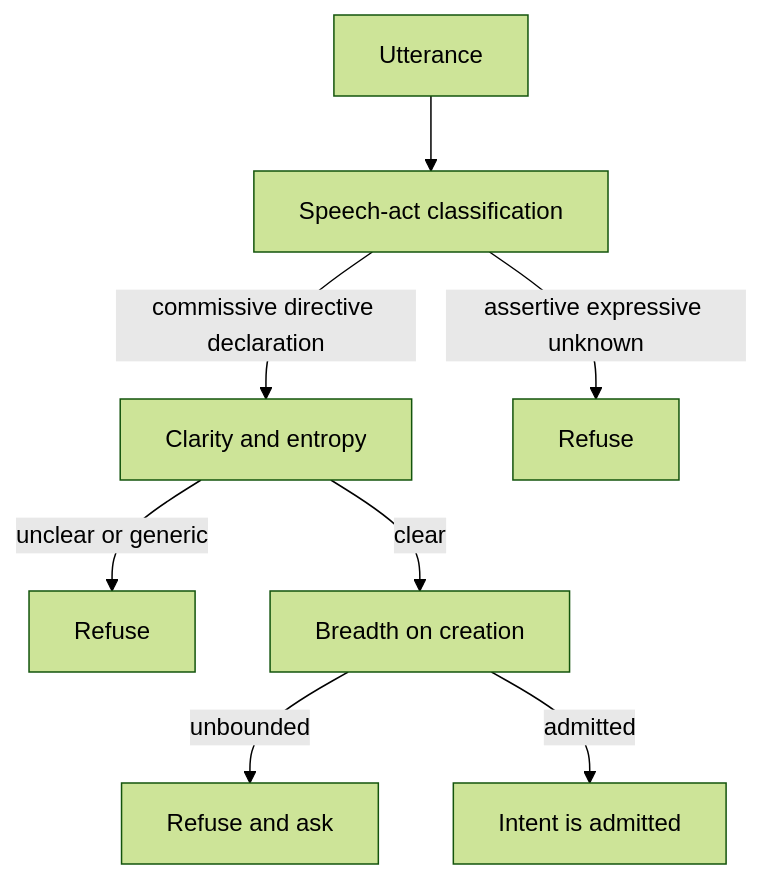
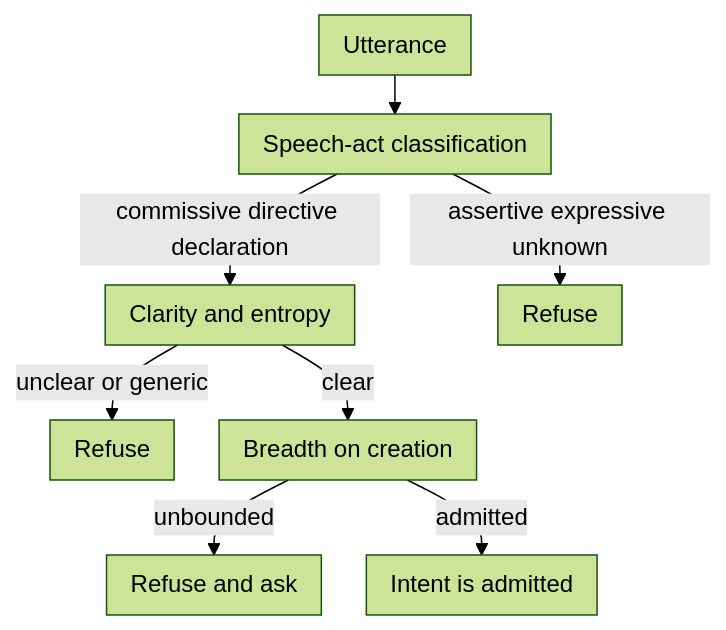
The diagram in apps/docs/src/pages/intent.mdx (indexnetwork/index), drawn with Mermaid (forest theme) before and after one commit.

Commit message:
docs(intent): tighten the admission diagram by 30%

````diff
--- a/apps/docs/src/pages/intent.mdx
+++ b/apps/docs/src/pages/intent.mdx
@@ -24,10 +24,11 @@
 ```mermaid
+%%{init: {"flowchart": {"rankSpacing": 26, "nodeSpacing": 30, "padding": 8, "diagramPadding": 4}}}%%
 flowchart TD
     Utterance[Utterance] --> Classify[Speech-act classification]
     Classify -->|commissive directive declaration| Clarity[Clarity and entropy]
     Classify -->|assertive expressive unknown| DropNoise[Refuse]
     Clarity -->|unclear or generic| DropVague[Refuse]
     Clarity -->|clear| Breadth[Breadth on creation]
     Breadth -->|unbounded| DropBroad[Refuse and ask]
     Breadth -->|admitted| Admitted[Intent is admitted]
 ```
````
